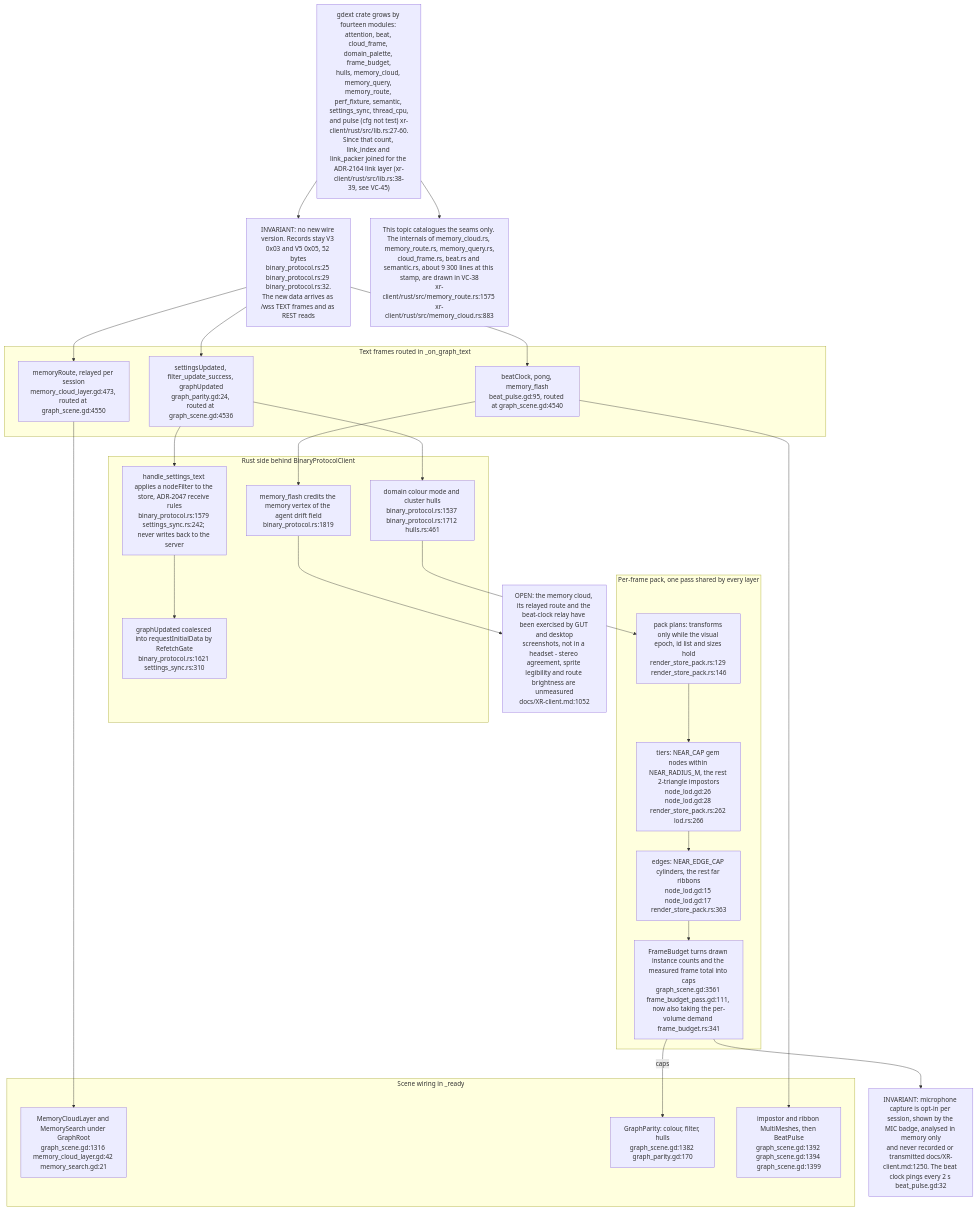
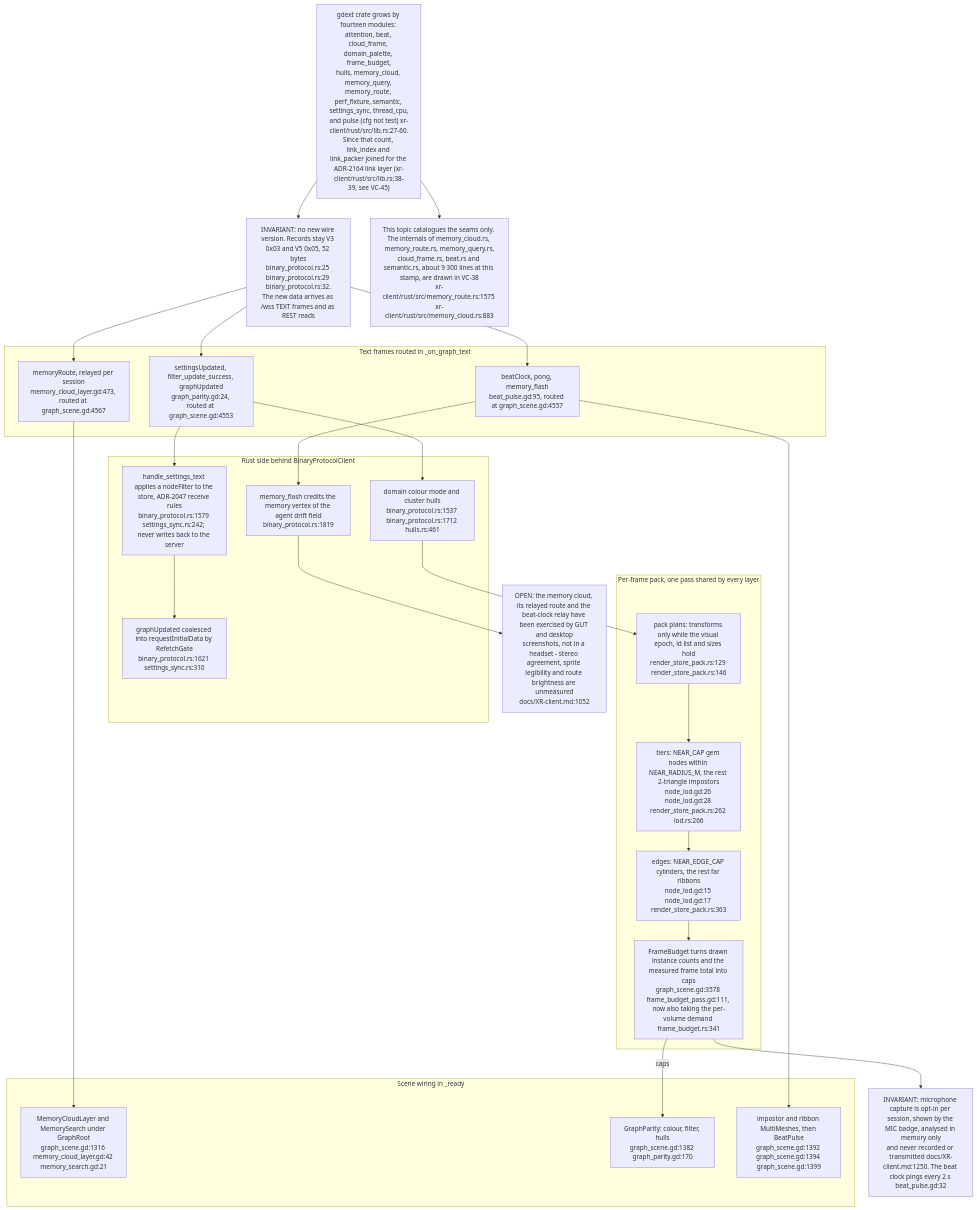
Before and after one commit to DreamLab-AI/VisionFlow: diagram 24 of 30 in docs/diagrams/visionclaw/36-godot-xr-client.md, drawn with Mermaid. The commit also changed other lines of this file and 49 other files, not shown here.

First line of the commit message:
docs(diagrams): re-derive and re-stamp VisionClaw, estate, knowledge-graph, visionGraph, VisionFlow and sidestr topics

````diff
--- a/docs/diagrams/visionclaw/36-godot-xr-client.md
+++ b/docs/diagrams/visionclaw/36-godot-xr-client.md
@@ -1228,48 +1228,48 @@
 ```mermaid
 flowchart TB
     LIB["gdext crate grows by fourteen modules: attention, beat, cloud_frame, domain_palette, frame_budget,<br/>hulls, memory_cloud, memory_query, memory_route, perf_fixture, semantic, settings_sync, thread_cpu,<br/>and pulse (cfg not test) xr-client/rust/src/lib.rs:27-60.<br/>Since that count, link_index and link_packer joined for the ADR-2164 link layer (xr-client/rust/src/lib.rs:38-39, see VC-45)"]
     WIRE["INVARIANT: no new wire version. Records stay V3 0x03 and V5 0x05, 52 bytes<br/>binary_protocol.rs:25 binary_protocol.rs:29 binary_protocol.rs:32.<br/>The new data arrives as /wss TEXT frames and as REST reads"]
 
     subgraph text["Text frames routed in _on_graph_text"]
-        T1["settingsUpdated, filter_update_success, graphUpdated<br/>graph_parity.gd:24, routed at graph_scene.gd:4536"]
-        T2["beatClock, pong, memory_flash<br/>beat_pulse.gd:95, routed at graph_scene.gd:4540"]
-        T3["memoryRoute, relayed per session<br/>memory_cloud_layer.gd:473, routed at graph_scene.gd:4550"]
+        T1["settingsUpdated, filter_update_success, graphUpdated<br/>graph_parity.gd:24, routed at graph_scene.gd:4553"]
+        T2["beatClock, pong, memory_flash<br/>beat_pulse.gd:95, routed at graph_scene.gd:4557"]
+        T3["memoryRoute, relayed per session<br/>memory_cloud_layer.gd:473, routed at graph_scene.gd:4567"]
     end
 
     subgraph rust["Rust side behind BinaryProtocolClient"]
         S1["handle_settings_text applies a nodeFilter to the store, ADR-2047 receive rules<br/>binary_protocol.rs:1579 settings_sync.rs:242; never writes back to the server"]
         S2["graphUpdated coalesced into requestInitialData by RefetchGate<br/>binary_protocol.rs:1621 settings_sync.rs:310"]
         S3["domain colour mode and cluster hulls<br/>binary_protocol.rs:1537 binary_protocol.rs:1712 hulls.rs:461"]
         S4["memory_flash credits the memory vertex of the agent drift field<br/>binary_protocol.rs:1819"]
     end
 
     subgraph pack["Per-frame pack, one pass shared by every layer"]
         P1["pack plans: transforms only while the visual epoch, id list and sizes hold<br/>render_store_pack.rs:129 render_store_pack.rs:146"]
         P2["tiers: NEAR_CAP gem nodes within NEAR_RADIUS_M, the rest 2-triangle impostors<br/>node_lod.gd:26 node_lod.gd:28 render_store_pack.rs:262 lod.rs:266"]
         P3["edges: NEAR_EDGE_CAP cylinders, the rest far ribbons<br/>node_lod.gd:15 node_lod.gd:17 render_store_pack.rs:363"]
-        P4["FrameBudget turns drawn instance counts and the measured frame total into caps<br/>graph_scene.gd:3561 frame_budget_pass.gd:111, now also taking the per-volume demand frame_budget.rs:341"]
+        P4["FrameBudget turns drawn instance counts and the measured frame total into caps<br/>graph_scene.gd:3578 frame_budget_pass.gd:111, now also taking the per-volume demand frame_budget.rs:341"]
     end
 
     subgraph scene["Scene wiring in _ready"]
         W1["MemoryCloudLayer and MemorySearch under GraphRoot<br/>graph_scene.gd:1316 memory_cloud_layer.gd:42 memory_search.gd:21"]
         W2["GraphParity: colour, filter, hulls<br/>graph_scene.gd:1382 graph_parity.gd:170"]
         W3["impostor and ribbon MultiMeshes, then BeatPulse<br/>graph_scene.gd:1392 graph_scene.gd:1394 graph_scene.gd:1399"]
     end
 
     LIB --> WIRE
     WIRE --> T1 & T2 & T3
     T1 --> S1 --> S2
     T1 --> S3
     T2 --> S4
     S3 --> P1 --> P2 --> P3 --> P4
     P4 -->|"caps"| W2
     T3 --> W1
     T2 --> W3
 
     N1["INVARIANT: microphone capture is opt-in per session, shown by the MIC badge, analysed in memory only<br/>and never recorded or transmitted docs/XR-client.md:1250. The beat clock pings every 2 s beat_pulse.gd:32"]
     N2["OPEN: the memory cloud, its relayed route and the beat-clock relay have been exercised by GUT and desktop<br/>screenshots, not in a headset - stereo agreement, sprite legibility and route brightness are unmeasured<br/>docs/XR-client.md:1052"]
     N3["This topic catalogues the seams only. The internals of memory_cloud.rs, memory_route.rs, memory_query.rs,<br/>cloud_frame.rs, beat.rs and semantic.rs, about 9 300 lines at this stamp, are drawn in VC-38<br/>xr-client/rust/src/memory_route.rs:1575 xr-client/rust/src/memory_cloud.rs:883"]
     P4 --> N1
     S4 --> N2
     LIB --> N3
 ```
````
